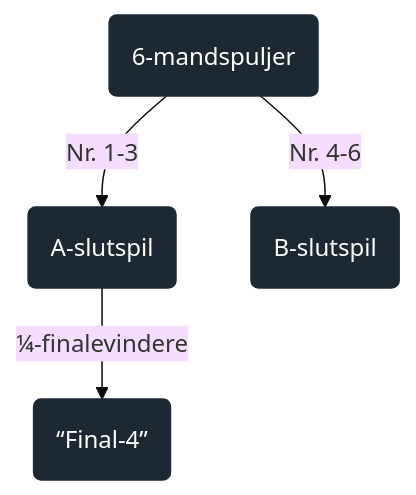
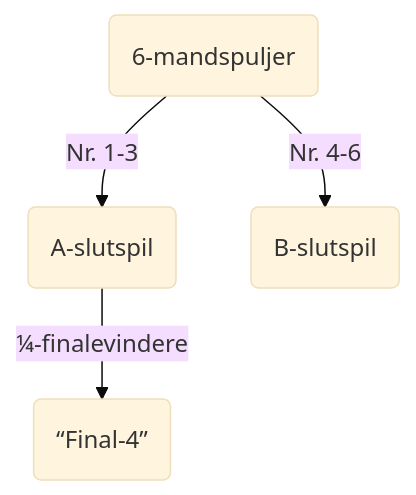
Before and after one commit to bsbenja/ping-pong-dm: the diagram in indbydelse-tilmelding-2023.qmd, drawn with Mermaid (base theme). The commit also changed 4 other files, not shown here.

````diff
--- a/indbydelse-tilmelding-2023.qmd
+++ b/indbydelse-tilmelding-2023.qmd
@@ -246,13 +246,8 @@
 ```{mermaid}
 %%| fig-width: 2.5
 %%{init: {"flowchart": {"htmlLabels": true}} }%%
 flowchart TD
   A(6-mandspuljer) --> |Nr. 1-3| B(A-slutspil)
   A --> |Nr. 4-6| C(B-slutspil)
   B --> |&#x00BC-finalevindere| D(<q>Final-4</q>)
-  
-  style A fill:#1C2833,stroke:#1C2833,color:#FFFFFF
-  style B fill:#1C2833,stroke:#1C2833,color:#FFFFFF
-  style C fill:#1C2833,stroke:#1C2833,color:#FFFFFF
-  style D fill:#1C2833,stroke:#1C2833,color:#FFFFFF
 ```
````
